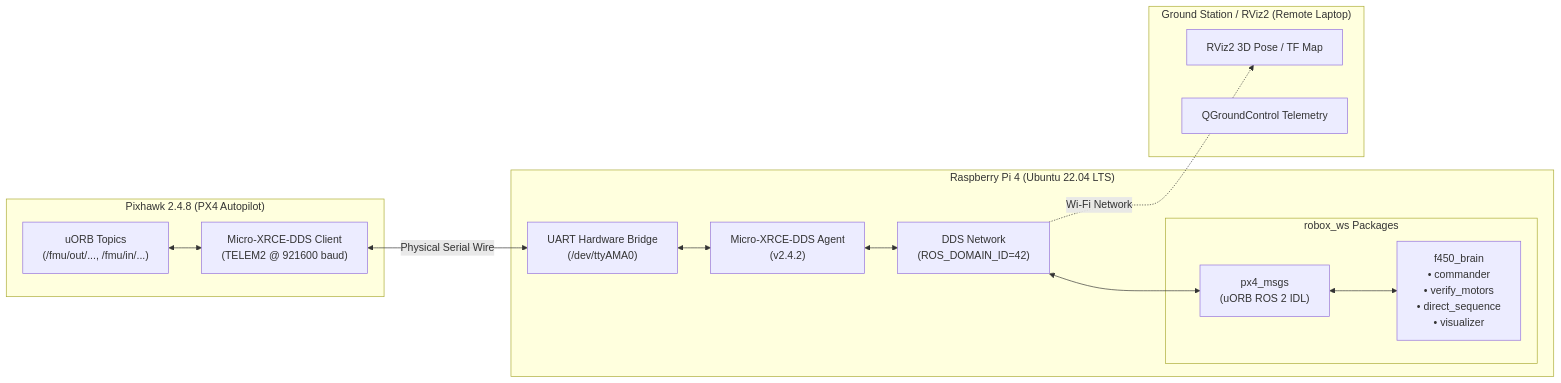
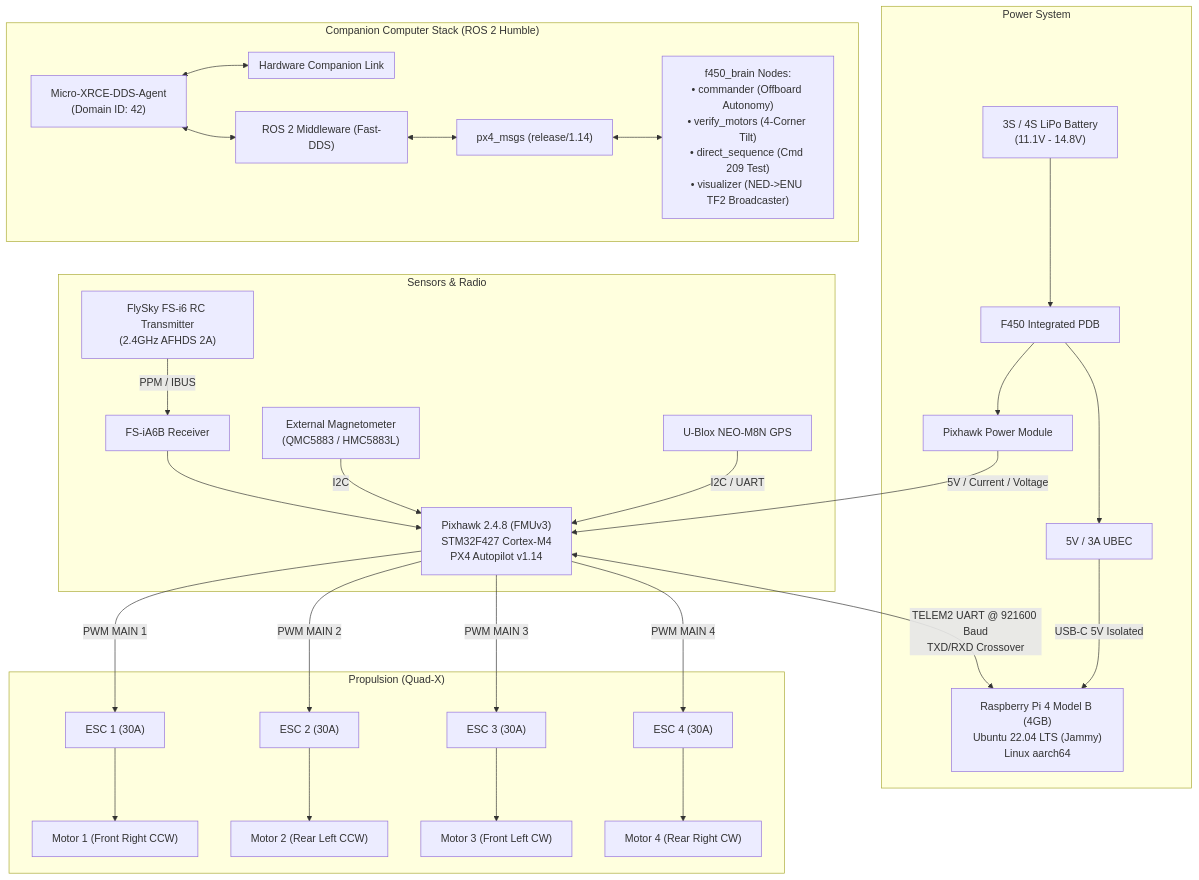
One commit to namanharshwal/px-2.4.8_drone_ros2_humble changed the diagram in README.md. Above: the diagram before and after it, drawn with Mermaid. The commit also changed other lines of this file and 31 other files, not shown here.

Commit message:
docs: Comprehensive 10-month master presentation README with embedded schematics, autopsies, and historical images

````diff
--- a/README.md
+++ b/README.md
@@ -22,32 +39,35 @@
 ```mermaid
-flowchart LR
-    subgraph Pixhawk ["Pixhawk 2.4.8 (PX4 Autopilot)"]
-        uORB["uORB Topics\n(/fmu/out/..., /fmu/in/...)"]
-        XRCE_Client["Micro-XRCE-DDS Client\n(TELEM2 @ 921600 baud)"]
-        uORB <--> XRCE_Client
+flowchart TB
+    subgraph SENSORS["Sensors & Radio"]
+        RC["FlySky FS-i6 RC Transmitter<br>(2.4GHz AFHDS 2A)"] -->|PPM / IBUS| RX["FS-iA6B Receiver"]
+        GPS["U-Blox NEO-M8N GPS"] -->|I2C / UART| FC["Pixhawk 2.4.8 (FMUv3)<br>STM32F427 Cortex-M4<br>PX4 Autopilot v1.14"]
+        MAG["External Magnetometer<br>(QMC5883 / HMC5883L)"] -->|I2C| FC
+        RX --> FC
     end
 
-    subgraph RPi ["Raspberry Pi 4 (Ubuntu 22.04 LTS)"]
-        UART["UART Hardware Bridge\n(/dev/ttyAMA0)"]
-        Agent["Micro-XRCE-DDS Agent\n(v2.4.2)"]
-        DDS["DDS Network\n(ROS_DOMAIN_ID=42)"]
-        
-        subgraph RoboxWS ["robox_ws Packages"]
-            PX4Msgs["px4_msgs\n(uORB ROS 2 IDL)"]
-            F450["f450_brain\n• commander\n• verify_motors\n• direct_sequence\n• visualizer"]
-        end
-
-        UART <--> Agent
-        Agent <--> DDS
-        DDS <--> PX4Msgs
-        PX4Msgs <--> F450
+    subgraph POWER["Power System"]
+        BATT["3S / 4S LiPo Battery<br>(11.1V - 14.8V)"] --> PDB["F450 Integrated PDB"]
+        PDB --> PM["Pixhawk Power Module"]
+        PM -->|5V / Current / Voltage| FC
+        PDB --> UBEC["5V / 3A UBEC"]
+        UBEC -->|USB-C 5V Isolated| RPI["Raspberry Pi 4 Model B (4GB)<br>Ubuntu 22.04 LTS (Jammy)<br>Linux aarch64"]
     end
 
-    subgraph GroundStation ["Ground Station / RViz2 (Remote Laptop)"]
-        RViz["RViz2 3D Pose / TF Map"]
-        QGC["QGroundControl Telemetry"]
+    subgraph ACTUATORS["Propulsion (Quad-X)"]
+        FC -->|PWM MAIN 1| ESC1["ESC 1 (30A)"] --> M1["Motor 1 (Front Right CCW)"]
+        FC -->|PWM MAIN 2| ESC2["ESC 2 (30A)"] --> M2["Motor 2 (Rear Left CCW)"]
+        FC -->|PWM MAIN 3| ESC3["ESC 3 (30A)"] --> M3["Motor 3 (Front Left CW)"]
+        FC -->|PWM MAIN 4| ESC4["ESC 4 (30A)"] --> M4["Motor 4 (Rear Right CW)"]
     end
 
-    XRCE_Client <-->|Physical Serial Wire| UART
-    DDS -.->|Wi-Fi Network| RViz
+    subgraph BRIDGE["Hardware Companion Link"]
+        FC <-->|TELEM2 UART @ 921600 Baud<br>TXD/RXD Crossover| RPI
+    end
+
+    subgraph ROS2["Companion Computer Stack (ROS 2 Humble)"]
+        AGENT["Micro-XRCE-DDS-Agent<br>(Domain ID: 42)"] <--> BRIDGE
+        AGENT <--> DDS["ROS 2 Middleware (Fast-DDS)"]
+        DDS <--> MSGS["px4_msgs (release/1.14)"]
+        MSGS <--> NODES["f450_brain Nodes:<br>• commander (Offboard Autonomy)<br>• verify_motors (4-Corner Tilt)<br>• direct_sequence (Cmd 209 Test)<br>• visualizer (NED->ENU TF2 Broadcaster)"]
+    end
 ```
````
